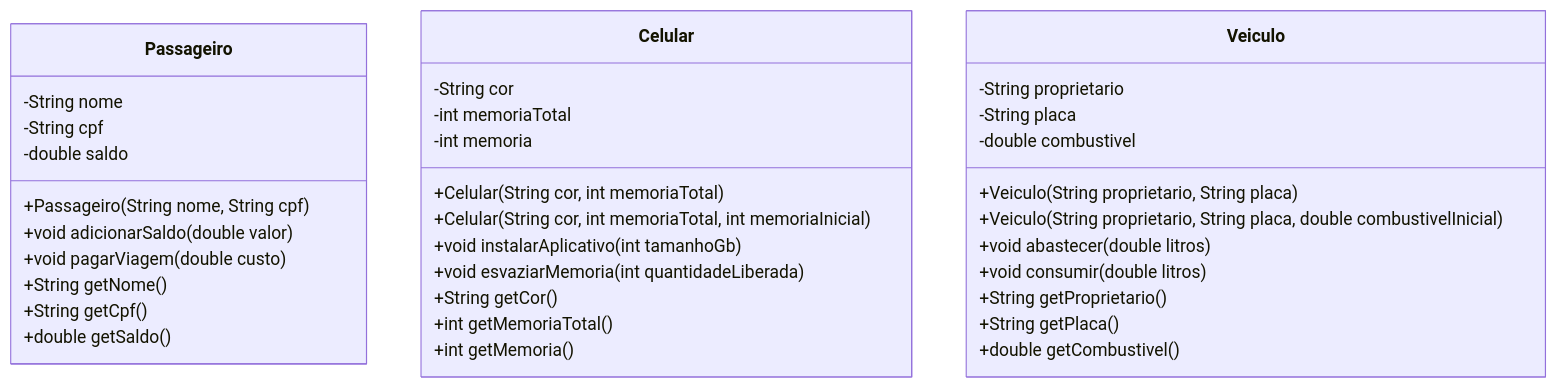
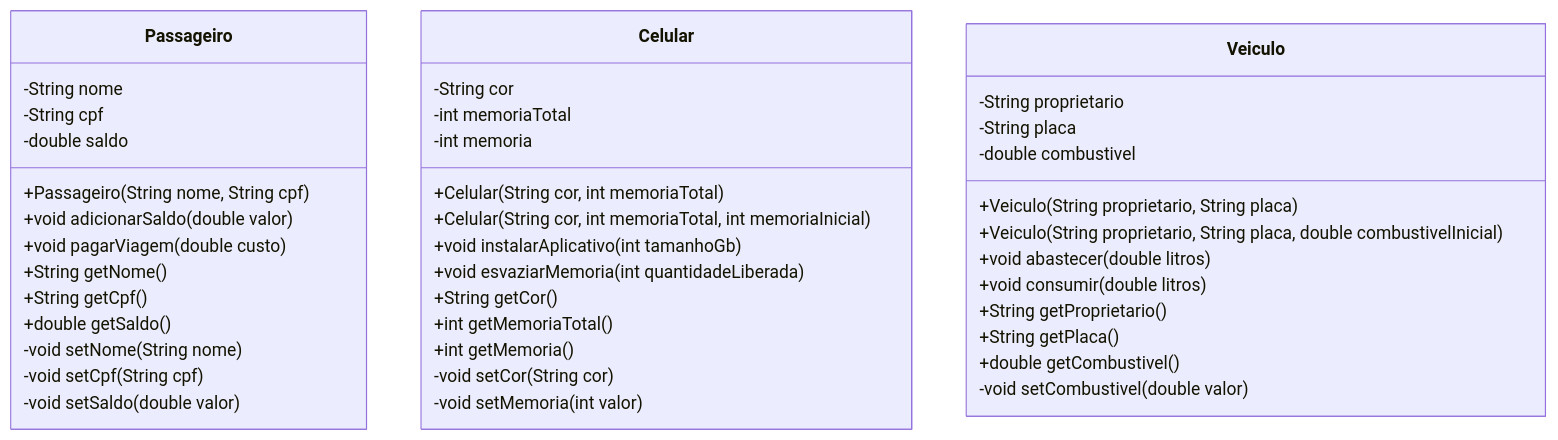
Before and after one commit to Pedro-Ivson/fiap-poo: the diagram in docs/uml.md, drawn with Mermaid. The commit also changed other lines of this file and 8 other files, not shown here.

````diff
--- a/docs/uml.md
+++ b/docs/uml.md
@@ -3,40 +3,46 @@
 ```mermaid
 classDiagram
     class Passageiro {
         -String nome
         -String cpf
         -double saldo
         +Passageiro(String nome, String cpf)
         +void adicionarSaldo(double valor)
         +void pagarViagem(double custo)
         +String getNome()
         +String getCpf()
         +double getSaldo()
+        -void setNome(String nome)
+        -void setCpf(String cpf)
+        -void setSaldo(double valor)
     }
 
     class Celular {
         -String cor
         -int memoriaTotal
         -int memoria
         +Celular(String cor, int memoriaTotal)
         +Celular(String cor, int memoriaTotal, int memoriaInicial)
         +void instalarAplicativo(int tamanhoGb)
         +void esvaziarMemoria(int quantidadeLiberada)
         +String getCor()
         +int getMemoriaTotal()
         +int getMemoria()
+        -void setCor(String cor)
+        -void setMemoria(int valor)
     }
 
     class Veiculo {
         -String proprietario
         -String placa
         -double combustivel
         +Veiculo(String proprietario, String placa)
         +Veiculo(String proprietario, String placa, double combustivelInicial)
         +void abastecer(double litros)
         +void consumir(double litros)
         +String getProprietario()
         +String getPlaca()
         +double getCombustivel()
+        -void setCombustivel(double valor)
     }
 ```
````
